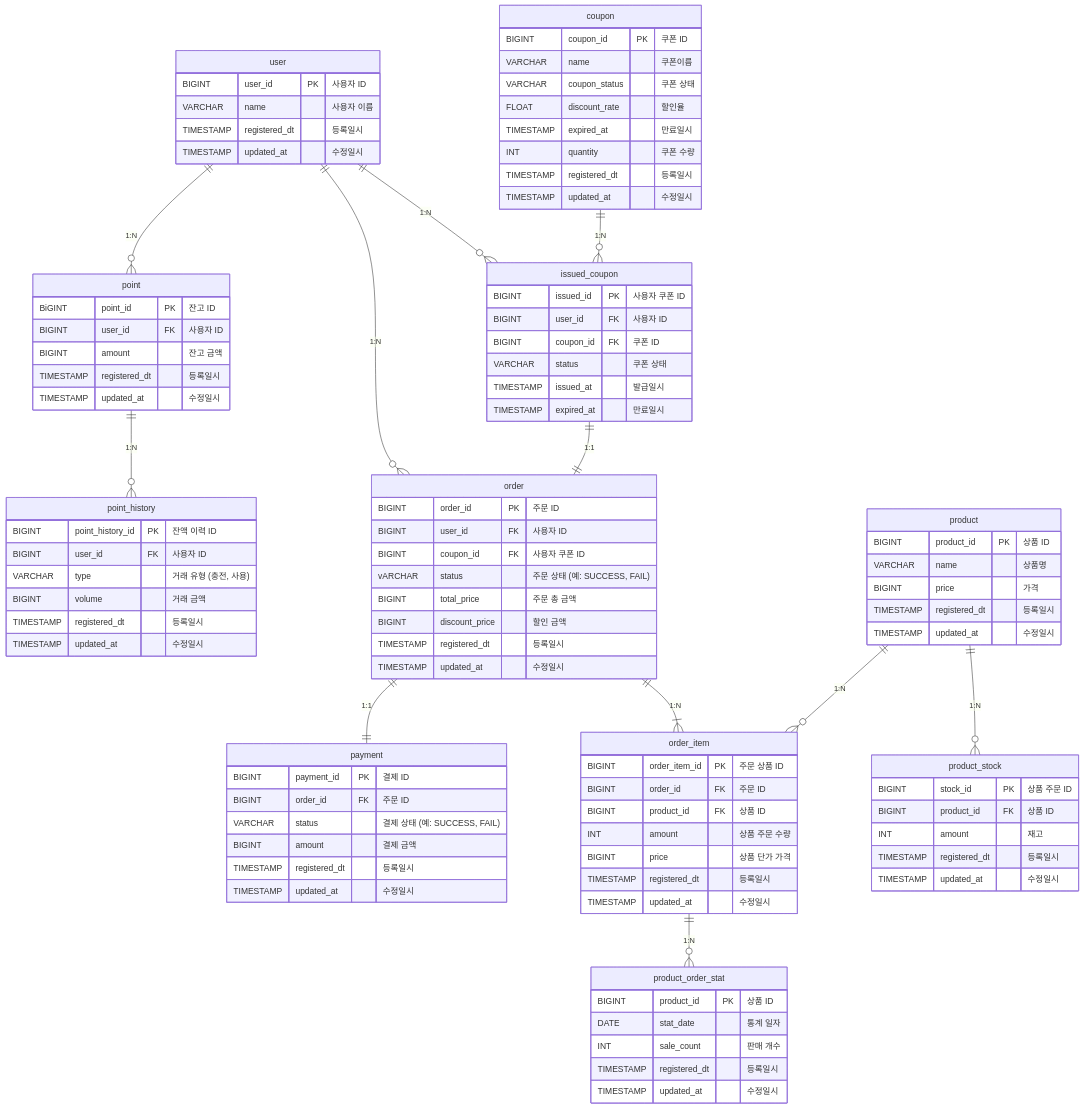
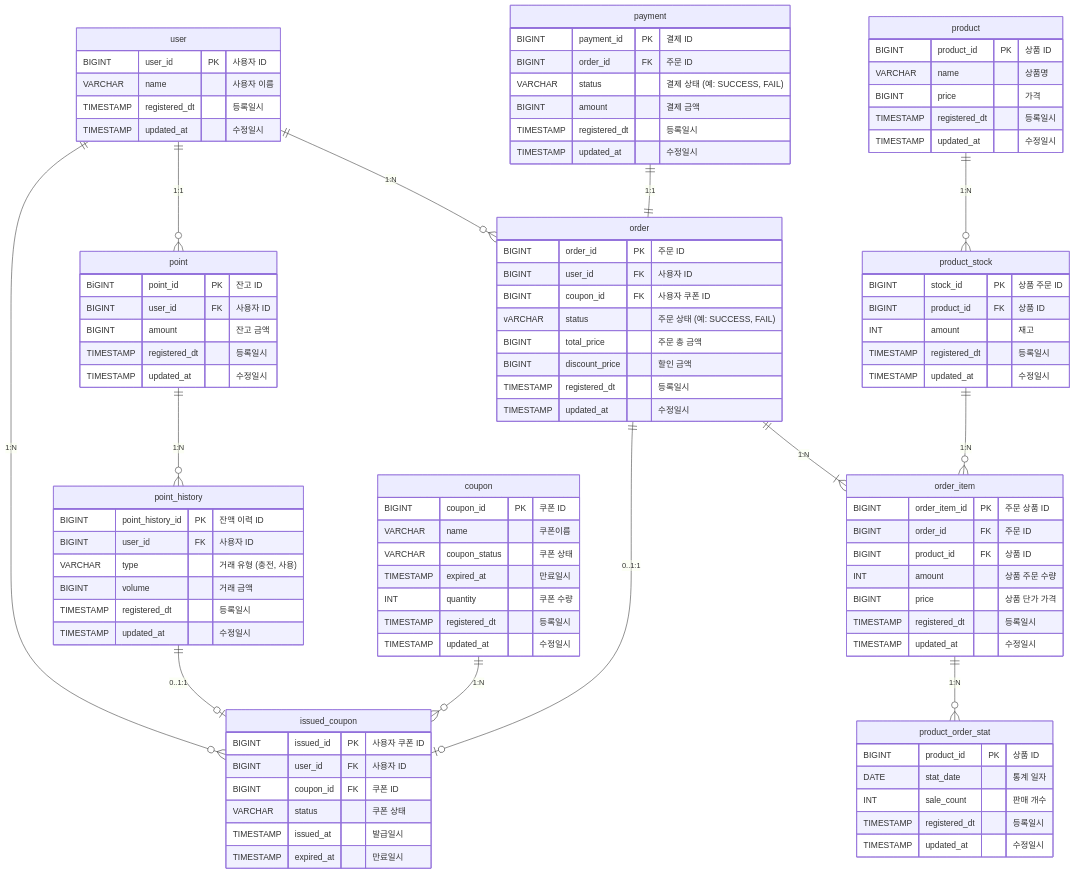
Before and after one commit to w00smanK/hhplus-ecommerce: the diagram in docs/ERD.md, drawn with Mermaid. The commit also changed 53 other files, not shown here.

````diff
--- a/docs/ERD.md
+++ b/docs/ERD.md
@@ -11,17 +11,23 @@
 ```mermaid
 
 erDiagram
-user ||--o{ point : "1:N"
-point ||--o{ point_history : "1:N"
+user ||--o{ point : "1:1"
 user ||--o{ issued_coupon : "1:N"
 user ||--o{ order : "1:N"
+
+point ||--o{ point_history : "1:N"
+point_history ||--o| issued_coupon: "0..1:1"
+
 coupon ||--o{ issued_coupon : "1:N"
-issued_coupon ||--|| order : "1:1"
-order ||--|| payment : "1:1"
+
+payment ||--|| order : "1:1"
 order ||--|{ order_item : "1:N"
-product ||--o{ order_item : "1:N"
+order ||--o| issued_coupon: "0..1:1"
 product ||--o{ product_stock : "1:N"
+    product_stock ||--o{ order_item : "1:N"
+
 order_item ||--o{ product_order_stat : "1:N"
+
     user {
         BIGINT user_id PK "사용자 ID"
         VARCHAR name "사용자 이름"
@@ -50,7 +56,7 @@
         BIGINT coupon_id PK "쿠폰 ID"
         VARCHAR name "쿠폰이름"
         VARCHAR coupon_status "쿠폰 상태"
-        FLOAT discount_rate "할인율"
+%%        FLOAT discount_rate "할인율"
         TIMESTAMP expired_at "만료일시"
         INT quantity "쿠폰 수량"
         TIMESTAMP registered_dt "등록일시"
````
